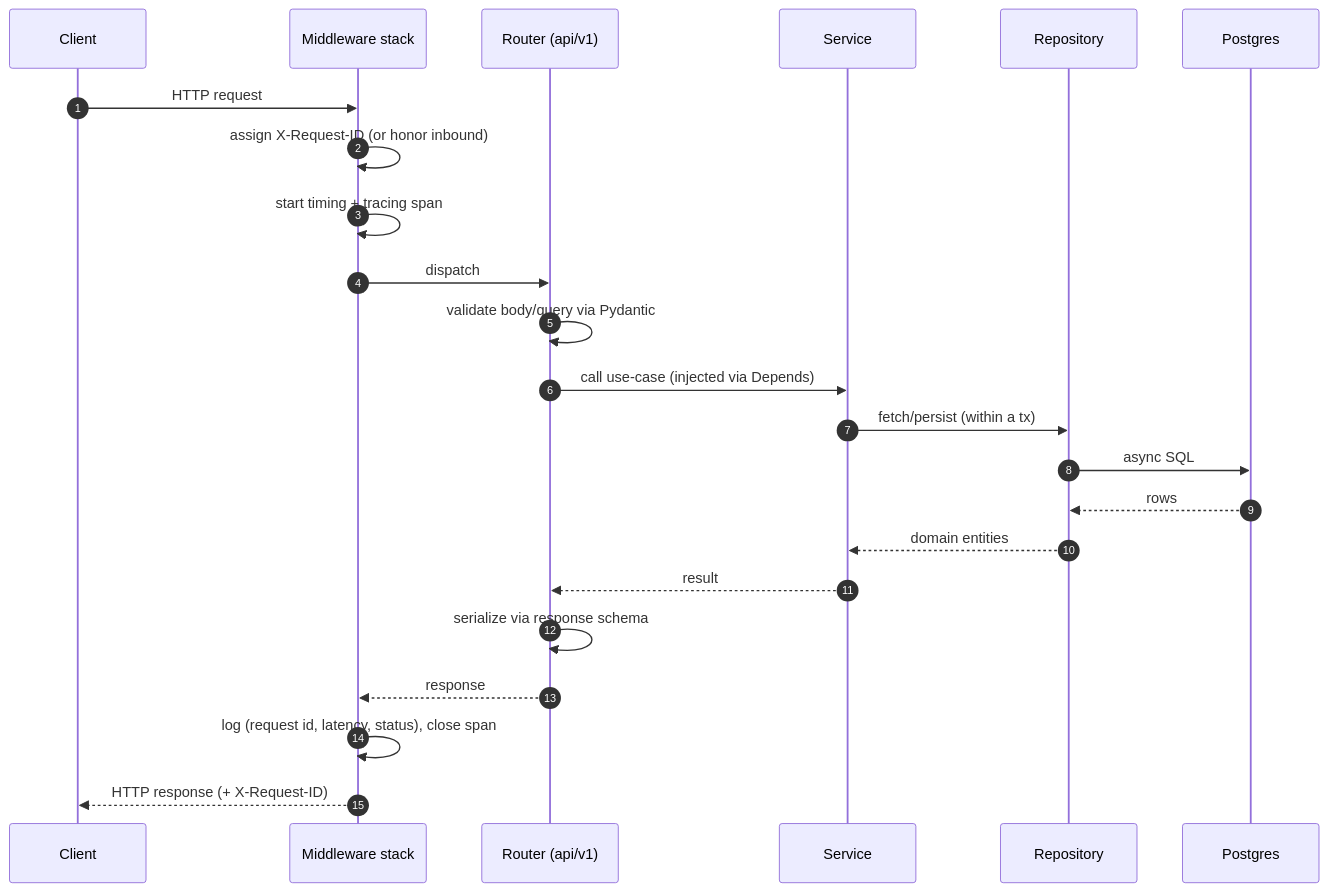
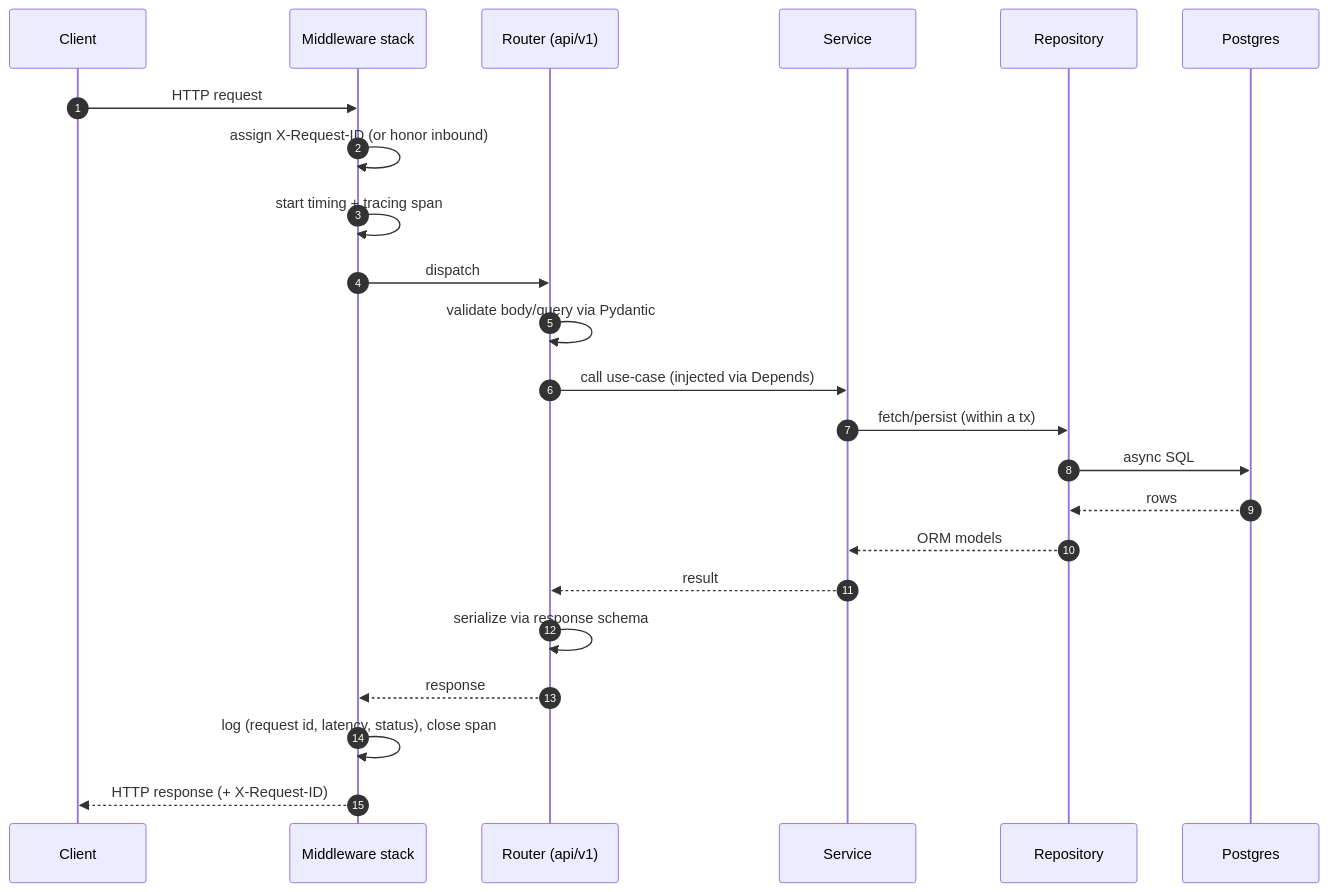
Before and after one commit to chriswu727/scalable-starter: the second of 4 diagrams in ARCHITECTURE.md, drawn with Mermaid. The commit also changed other lines of this file and 5 other files, not shown here.

````diff
--- a/ARCHITECTURE.md
+++ b/ARCHITECTURE.md
@@ -101,26 +100,26 @@
 ```mermaid
 sequenceDiagram
     autonumber
     participant C as Client
     participant MW as Middleware stack
     participant R as Router (api/v1)
     participant S as Service
     participant Repo as Repository
     participant DB as Postgres
 
     C->>MW: HTTP request
     MW->>MW: assign X-Request-ID (or honor inbound)
     MW->>MW: start timing + tracing span
     MW->>R: dispatch
     R->>R: validate body/query via Pydantic
     R->>S: call use-case (injected via Depends)
     S->>Repo: fetch/persist (within a tx)
     Repo->>DB: async SQL
     DB-->>Repo: rows
-    Repo-->>S: domain entities
+    Repo-->>S: ORM models
     S-->>R: result
     R->>R: serialize via response schema
     R-->>MW: response
     MW->>MW: log (request id, latency, status), close span
     MW-->>C: HTTP response (+ X-Request-ID)
 ```
````
